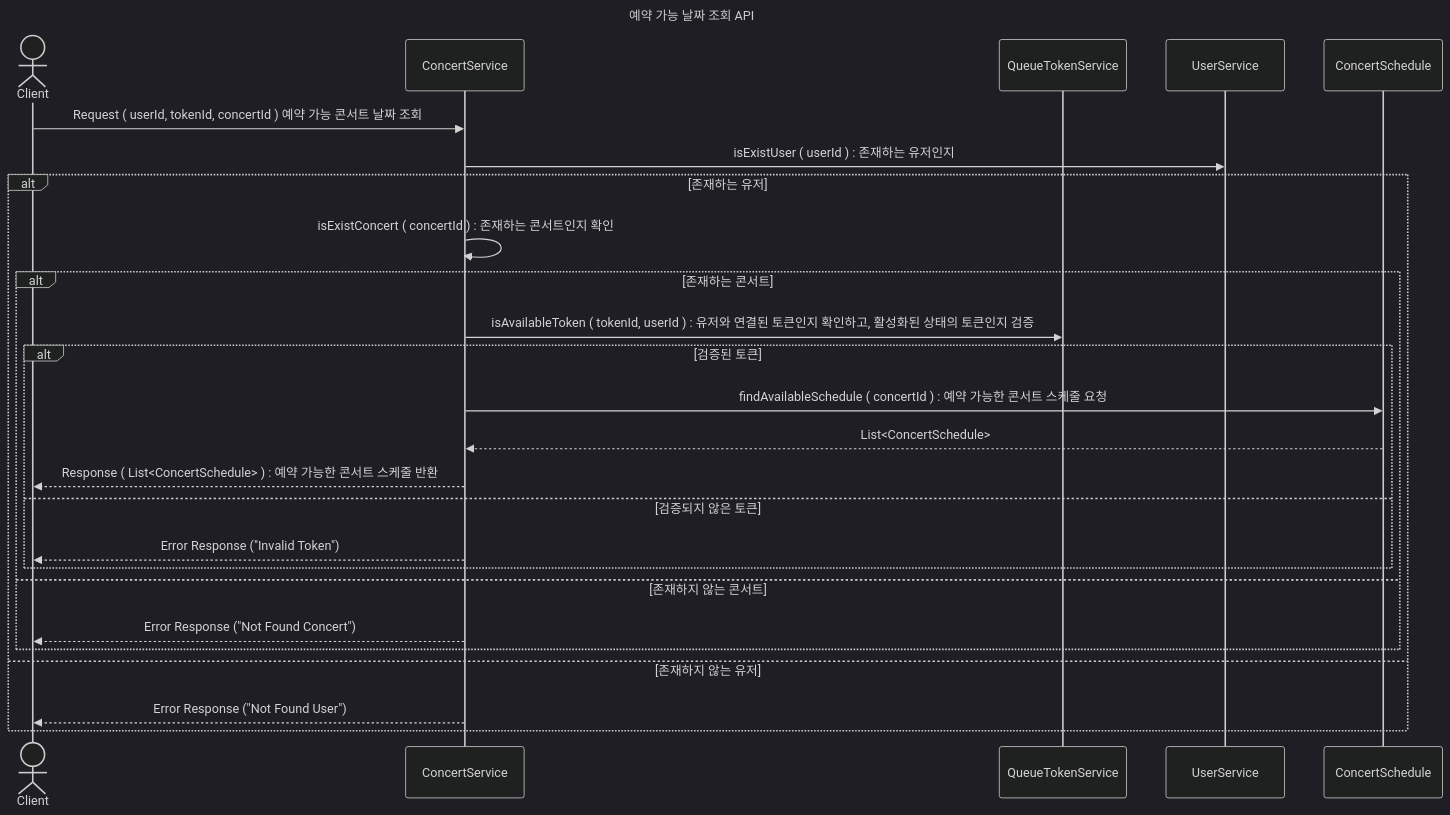
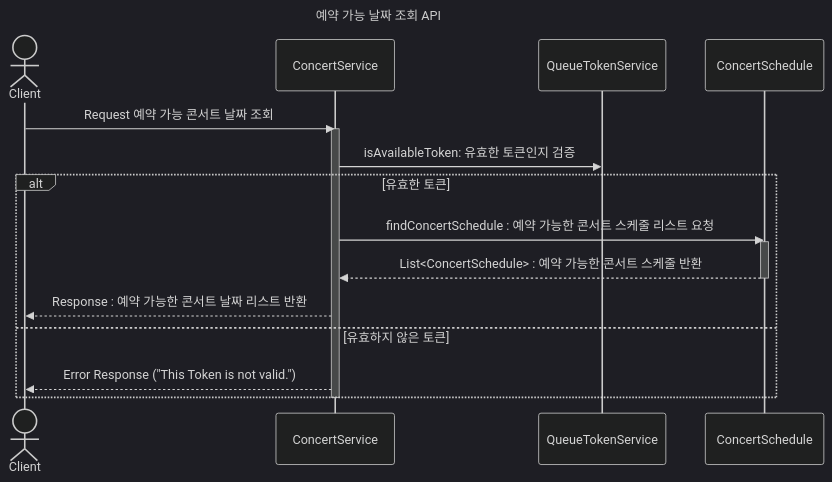
The diagram in design/sequence_diagram/예약_가능_날짜_조회_API.md (GustavEiffels/hhplus_server_build), drawn with Mermaid (dark theme) before and after one commit. The commit also changed 8 other files, not shown here.

Commit message:
[fix] 문서 수정 : sequece diagram

````diff
--- a/design/sequence_diagram/예약_가능_날짜_조회_API.md
+++ b/design/sequence_diagram/예약_가능_날짜_조회_API.md
@@ -1,35 +1,32 @@
 ```mermaid
 ---
 title: 예약 가능 날짜 조회 API
 ---
 sequenceDiagram
-    actor client as Client
-    participant concert as ConcertService
-    participant token as QueueTokenService
-    participant user as UserService
-    participant schedule as ConcertSchedule
+    actor c as Client
+    participant co as ConcertService
+    participant q as QueueTokenService
+    participant s as ConcertSchedule
 
-    client->>concert: Request ( userId, tokenId, concertId ) 예약 가능 콘서트 날짜 조회
-    concert->>user: isExistUser ( userId ) : 존재하는 유저인지
+    c->>co: Request 예약 가능 콘서트 날짜 조회
+    activate co
+
+    co->>q : isAvailableToken: 유효한 토큰인지 검증  
+
+    alt 유효한 토큰
+        co->>s : findConcertSchedule : 예약 가능한 콘서트 스케줄 리스트 요청
+        activate s 
+
+        s-->>co  : List<ConcertSchedule> : 예약 가능한 콘서트 스케줄 반환 
+        deactivate s 
+
+        co-->>c  : Response : 예약 가능한 콘서트 날짜 리스트 반환 
+
+
+    else 유효하지 않은 토큰 
+        co-->>c : Error Response ("This Token is not valid.")
+    end 
     
-    alt 존재하는 유저
-        concert->>concert : isExistConcert ( concertId ) : 존재하는 콘서트인지 확인 
+    deactivate co
 
-        alt 존재하는 콘서트
-            concert->>token: isAvailableToken ( tokenId, userId ) : 유저와 연결된 토큰인지 확인하고, 활성화된 상태의 토큰인지 검증
-            
-            alt 검증된 토큰
-                concert->>schedule: findAvailableSchedule ( concertId ) : 예약 가능한 콘서트 스케줄 요청
-                schedule-->>concert: List<ConcertSchedule>
-                concert-->>client: Response ( List<ConcertSchedule> ) : 예약 가능한 콘서트 스케줄 반환 
-            else 검증되지 않은 토큰
-                concert-->>client: Error Response ("Invalid Token")
-            end
-        else 존재하지 않는 콘서트 
-            concert-->>client: Error Response ("Not Found Concert")
-        end
-
-    else 존재하지 않는 유저
-        concert-->>client: Error Response ("Not Found User")
-    end
 ```
````
